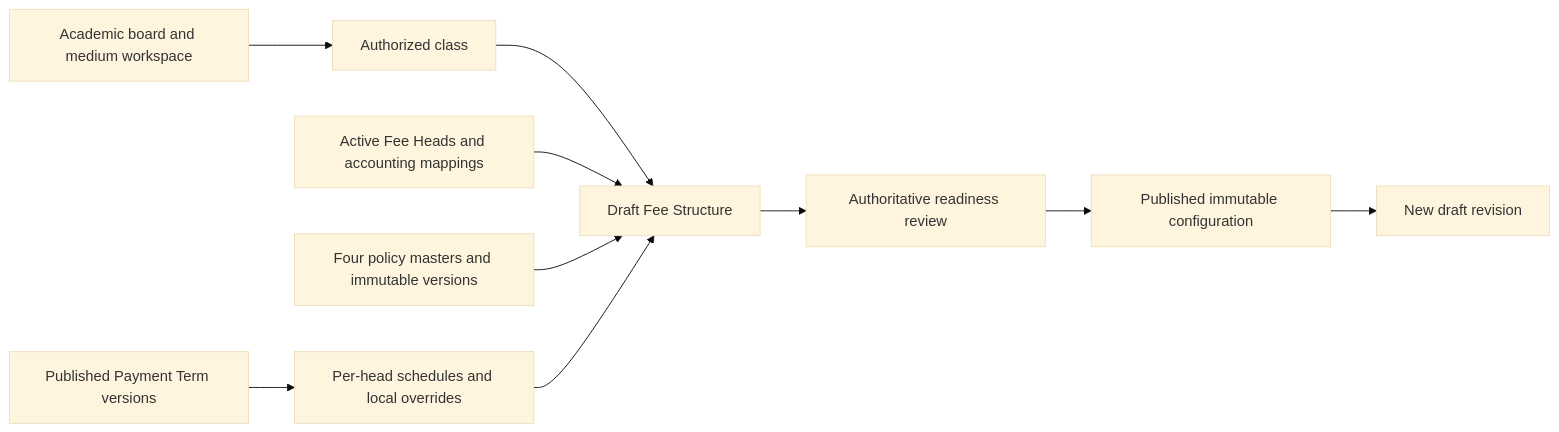
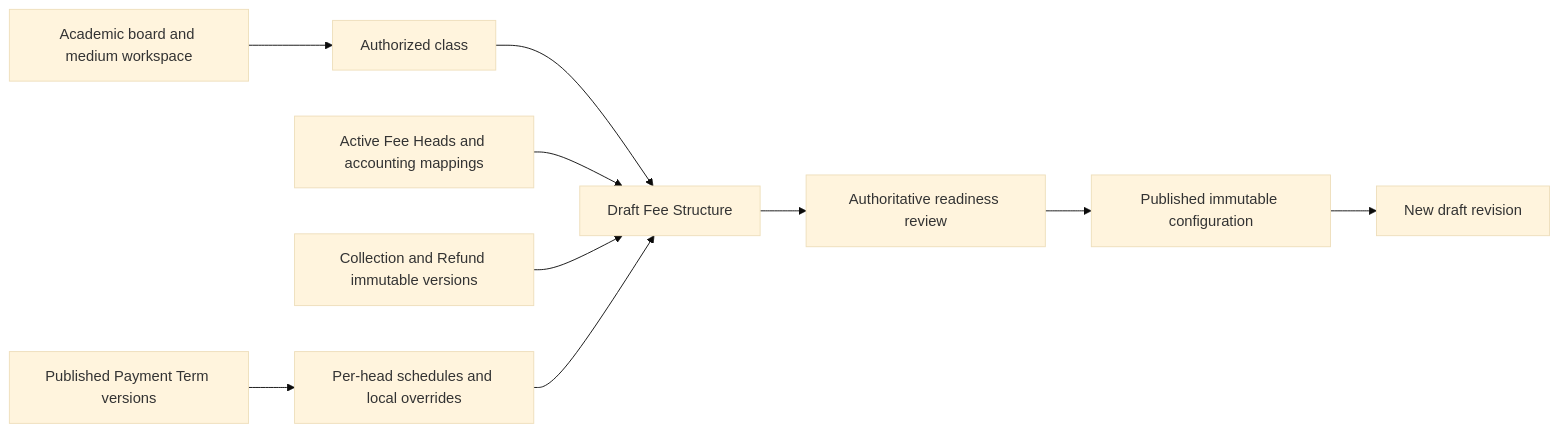
One commit to gyanmirai/Shikshamitra-BE changed the diagram in docs/modules/finance/references/fee-structure-workspace.md. Above: the diagram before and after it, drawn with Mermaid (base theme). The commit also changed other lines of this file and 82 other files, not shown here.

````diff
--- a/docs/modules/finance/references/fee-structure-workspace.md
+++ b/docs/modules/finance/references/fee-structure-workspace.md
@@ -17,12 +17,12 @@
 ```mermaid
 flowchart LR
     M[Academic board and medium workspace] --> C[Authorized class]
     C --> D[Draft Fee Structure]
     H[Active Fee Heads and accounting mappings] --> D
-    P[Four policy masters and immutable versions] --> D
+    P[Collection and Refund immutable versions] --> D
     T[Published Payment Term versions] --> L[Per-head schedules and local overrides]
     L --> D
     D --> V[Authoritative readiness review]
     V --> F[Published immutable configuration]
     F --> R[New draft revision]
 ```
````
